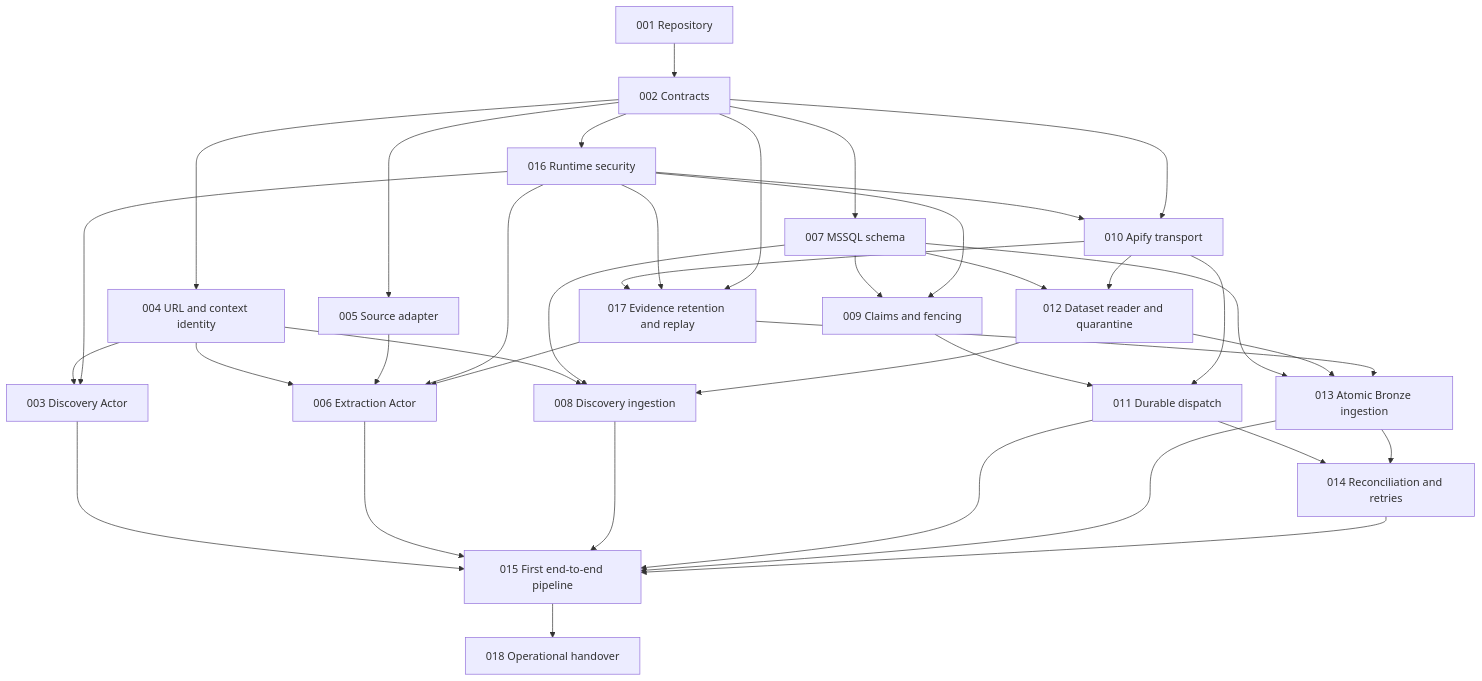
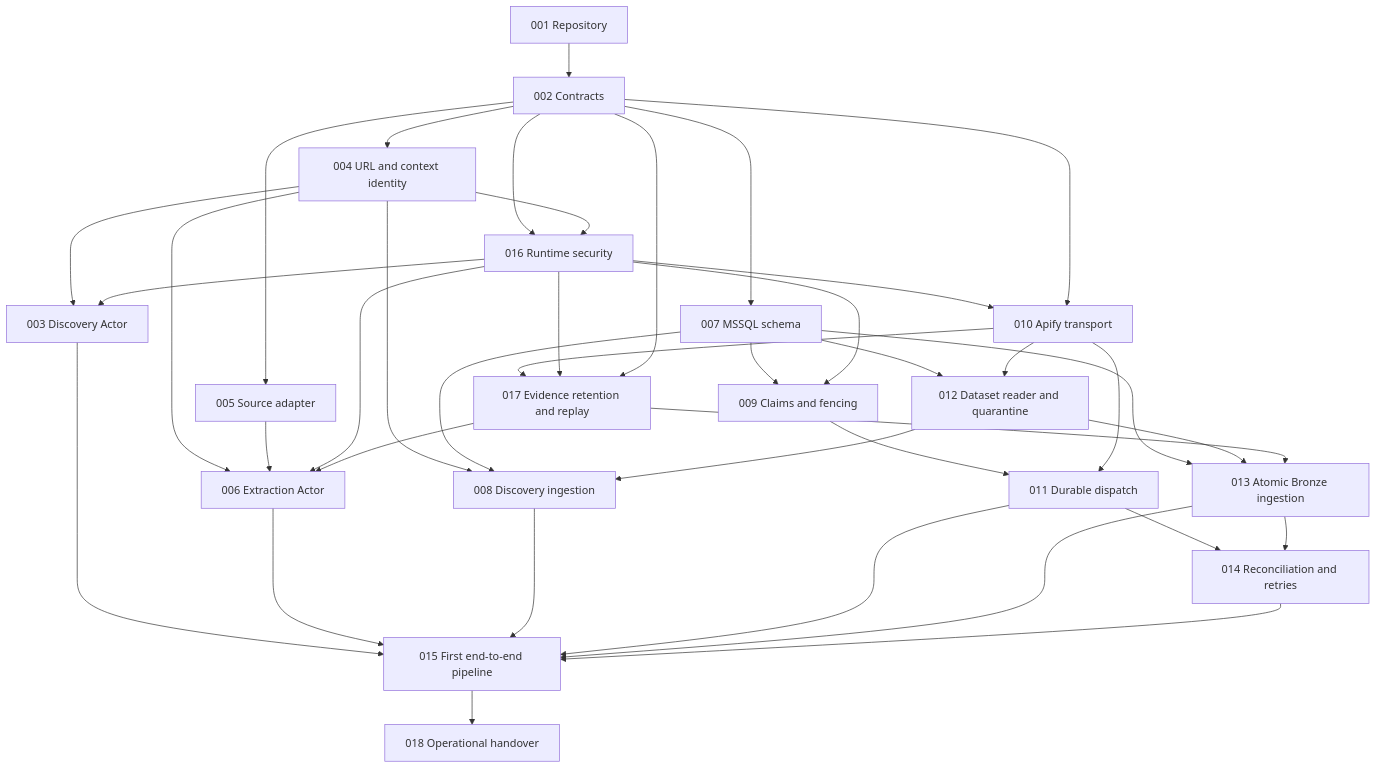
The diagram in docs/architecture/dependency-graph.md (Bradsmars/Daas), drawn with Mermaid before and after one commit. The commit also changed other lines of this file and 44 other files, not shown here.

````diff
--- a/docs/architecture/dependency-graph.md
+++ b/docs/architecture/dependency-graph.md
@@ -7,40 +7,41 @@
 ```mermaid
 flowchart TD
     S001[001 Repository] --> S002[002 Contracts]
     S002 --> S004[004 URL and context identity]
     S002 --> S005[005 Source adapter]
     S002 --> S007[007 MSSQL schema]
     S002 --> S016[016 Runtime security]
+    S004 --> S016
     S004 --> S003[003 Discovery Actor]
     S016 --> S003
     S016 --> S010[010 Apify transport]
     S002 --> S010
     S010 --> S017[017 Evidence retention and replay]
     S016 --> S017
     S002 --> S017
     S004 --> S006[006 Extraction Actor]
     S005 --> S006
     S016 --> S006
     S017 --> S006
     S007 --> S009[009 Claims and fencing]
     S016 --> S009
     S009 --> S011[011 Durable dispatch]
     S010 --> S011
     S007 --> S012[012 Dataset reader and quarantine]
     S010 --> S012
     S004 --> S008[008 Discovery ingestion]
     S007 --> S008
     S012 --> S008
     S007 --> S013[013 Atomic Bronze ingestion]
     S012 --> S013
     S017 --> S013
     S011 --> S014[014 Reconciliation and retries]
     S013 --> S014
     S003 --> S015[015 First end-to-end pipeline]
     S006 --> S015
     S008 --> S015
     S011 --> S015
     S013 --> S015
     S014 --> S015
     S015 --> S018[018 Operational handover]
 ```
````
